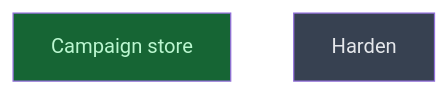
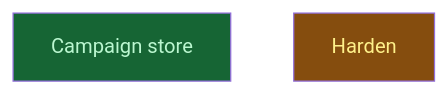
The diagram in __roadmap__/m1-core-foundation/settle/build/codec/store/README.md (CrackingShells/cracking-shells-playbook), drawn with Mermaid before and after one commit. The commit also changed other lines of this file and 1 other file, not shown here.

Commit message:
chore(roadmap): start the m1 crash test and hot cache

````diff
--- a/__roadmap__/m1-core-foundation/settle/build/codec/store/README.md
+++ b/__roadmap__/m1-core-foundation/settle/build/codec/store/README.md
@@ -17,10 +17,10 @@
 ```mermaid
 graph TD
     campaign_store[Campaign store]:::done
-    harden[Harden]:::planned
+    harden[Harden]:::inprogress
     classDef done       fill:#166534,color:#bbf7d0
     classDef inprogress fill:#854d0e,color:#fef08a
     classDef planned    fill:#374151,color:#e5e7eb
     classDef amendment  fill:#1e3a5f,color:#bfdbfe
     classDef blocked    fill:#7f1d1d,color:#fecaca
 ```
````
